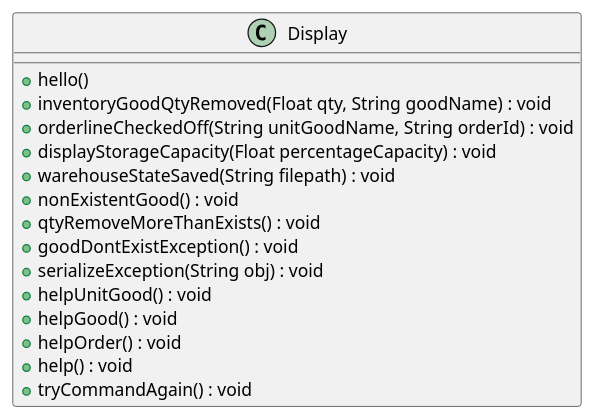
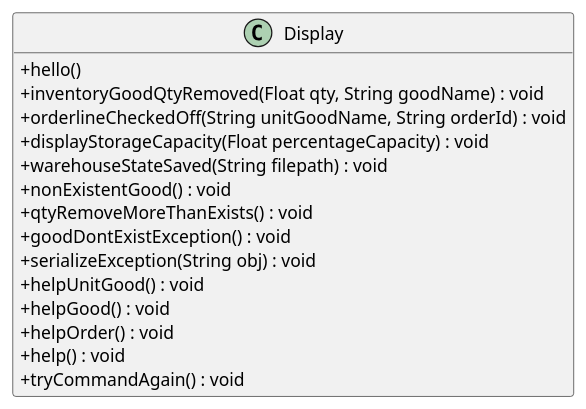
The diagram in docs/diagrams/Display.puml (nus-cs2113-AY2122S2/tp), drawn with PlantUML before and after one commit.

```diff
--- a/docs/diagrams/Display.puml
+++ b/docs/diagrams/Display.puml
@@ -1,21 +1,23 @@
 @startuml
 'https://plantuml.com/class-diagram
+skinparam classAttributeIconSize 0
+hide empty member
 
 class Display {
     +hello()
     +inventoryGoodQtyRemoved(Float qty, String goodName) : void
     +orderlineCheckedOff(String unitGoodName, String orderId) : void
     +displayStorageCapacity(Float percentageCapacity) : void
     +warehouseStateSaved(String filepath) : void
     +nonExistentGood() : void
     +qtyRemoveMoreThanExists() : void
     +goodDontExistException() : void
     +serializeException(String obj) : void
     +helpUnitGood() : void
     +helpGood() : void
     +helpOrder() : void
     +help() : void
     +tryCommandAgain() : void
 }
 
 @enduml
```
